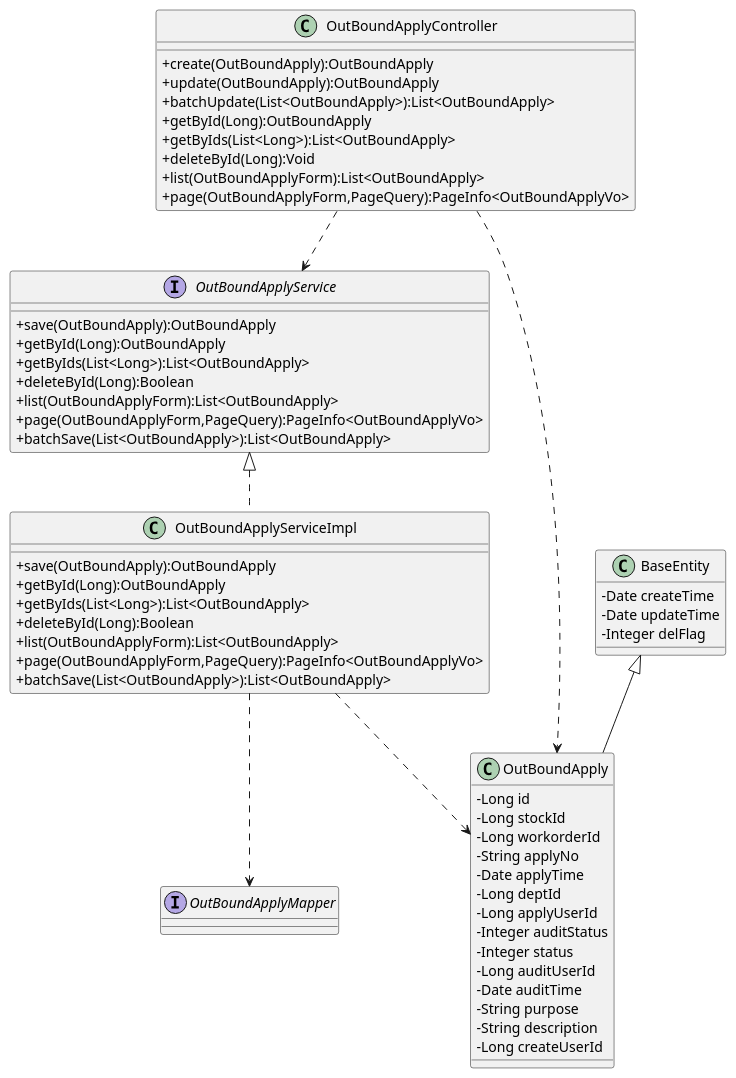
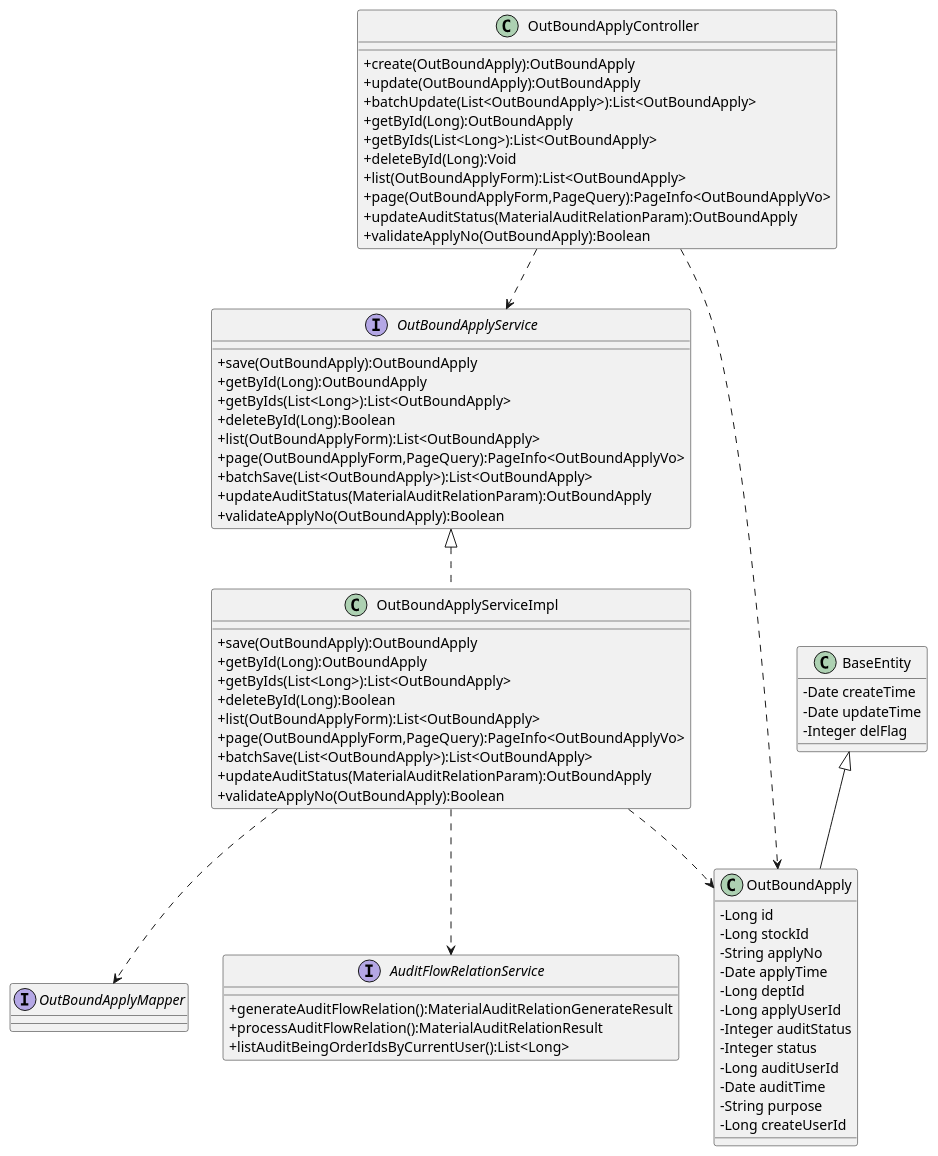
The diagram in outBoundApply.puml (sicily621/matlink-server), drawn with PlantUML before and after one commit. The commit also changed 16 other files, not shown here.

```diff
--- a/outBoundApply.puml
+++ b/outBoundApply.puml
@@ -1,70 +1,78 @@
 @startuml
 skinparam classAttributeIconSize 0
 interface OutBoundApplyMapper {
 }
 class OutBoundApplyServiceImpl {
 + save(OutBoundApply):OutBoundApply
 + getById(Long):OutBoundApply
 + getByIds(List<Long>):List<OutBoundApply>
 + deleteById(Long):Boolean
 + list(OutBoundApplyForm):List<OutBoundApply>
 + page(OutBoundApplyForm,PageQuery):PageInfo<OutBoundApplyVo>
 + batchSave(List<OutBoundApply>):List<OutBoundApply>
++ updateAuditStatus(MaterialAuditRelationParam):OutBoundApply
++ validateApplyNo(OutBoundApply):Boolean
 }
 
 class OutBoundApplyController {
 + create(OutBoundApply):OutBoundApply
 + update(OutBoundApply):OutBoundApply
 + batchUpdate(List<OutBoundApply>):List<OutBoundApply>
 + getById(Long):OutBoundApply
 + getByIds(List<Long>):List<OutBoundApply>
 + deleteById(Long):Void
 + list(OutBoundApplyForm):List<OutBoundApply>
 + page(OutBoundApplyForm,PageQuery):PageInfo<OutBoundApplyVo>
++ updateAuditStatus(MaterialAuditRelationParam):OutBoundApply
++ validateApplyNo(OutBoundApply):Boolean
 }
 
-
+interface AuditFlowRelationService{
++generateAuditFlowRelation():MaterialAuditRelationGenerateResult
++processAuditFlowRelation():MaterialAuditRelationResult
++listAuditBeingOrderIdsByCurrentUser():List<Long>
+}
 interface OutBoundApplyService {
 + save(OutBoundApply):OutBoundApply
 + getById(Long):OutBoundApply
 + getByIds(List<Long>):List<OutBoundApply>
 + deleteById(Long):Boolean
 + list(OutBoundApplyForm):List<OutBoundApply>
 + page(OutBoundApplyForm,PageQuery):PageInfo<OutBoundApplyVo>
 + batchSave(List<OutBoundApply>):List<OutBoundApply>
++ updateAuditStatus(MaterialAuditRelationParam):OutBoundApply
++ validateApplyNo(OutBoundApply):Boolean
 }
 
 
 
 class OutBoundApply {
 - Long id
 - Long stockId
-- Long workorderId
 - String applyNo
 - Date applyTime
 - Long deptId
 - Long applyUserId
 - Integer auditStatus
 - Integer status
 - Long auditUserId
 - Date auditTime
 - String purpose
-- String description
 - Long createUserId
 }
 class BaseEntity {
 - Date createTime
 - Date updateTime
 - Integer delFlag
 }
 
 OutBoundApplyController ..> OutBoundApplyService
 OutBoundApplyController ..> OutBoundApply
 OutBoundApplyService <|.. OutBoundApplyServiceImpl
 BaseEntity <|-- OutBoundApply
 OutBoundApplyServiceImpl ..> OutBoundApplyMapper
 OutBoundApplyServiceImpl ..> OutBoundApply
-
+OutBoundApplyServiceImpl ..> AuditFlowRelationService
 
 
 @enduml
```
